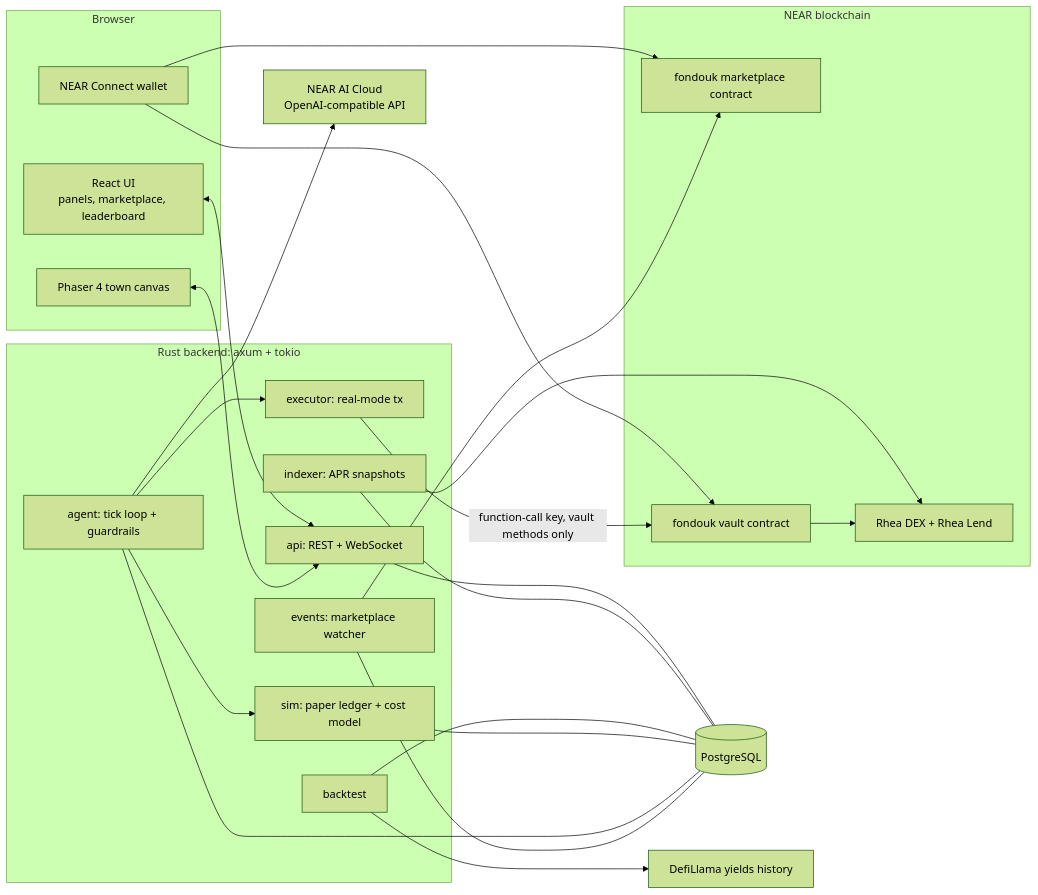
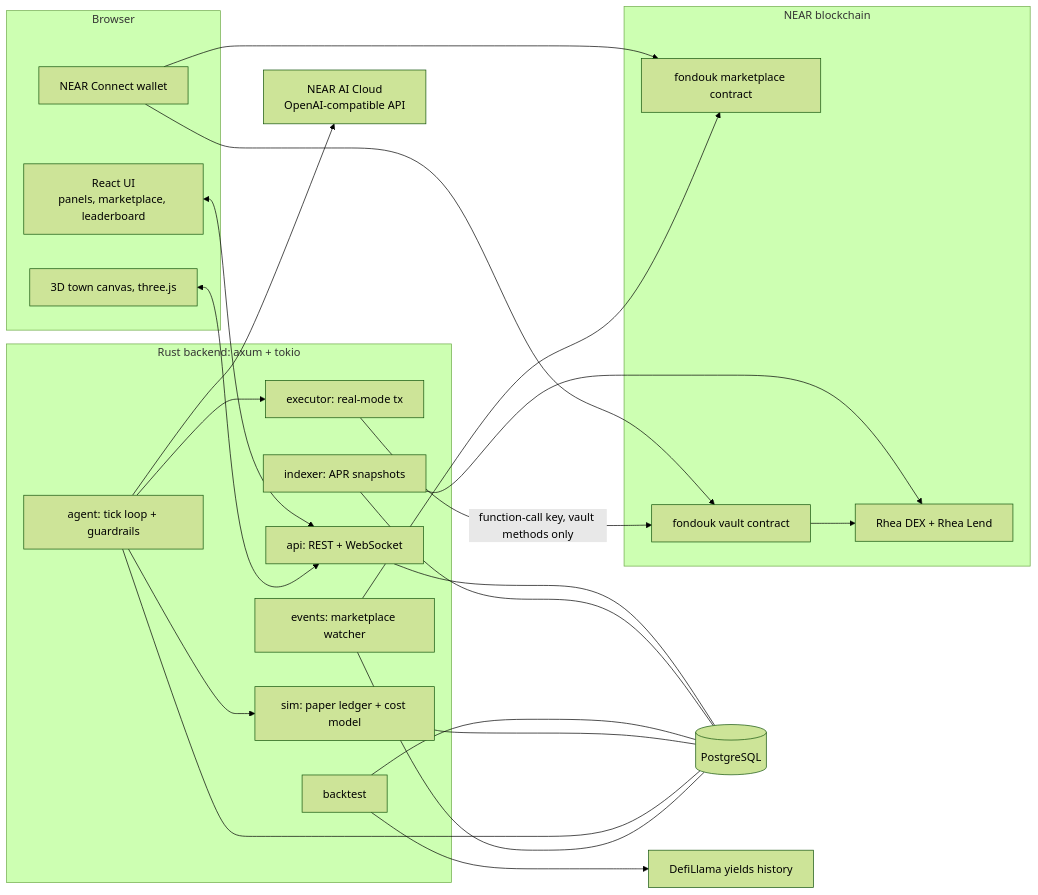
Before and after one commit to ayoubbuoya/fondouk: the diagram in docs/TECH_architecture.md, drawn with Mermaid (forest theme). The commit also changed other lines of this file and 61 other files, not shown here.

First line of the commit message:
refactor(frontend): make the 3D town the only town, remove Phaser (D77)

````diff
--- a/docs/TECH_architecture.md
+++ b/docs/TECH_architecture.md
@@ -19,47 +19,47 @@
 ```mermaid
 flowchart LR
   subgraph Browser
     UI[React UI<br/>panels, marketplace, leaderboard]
-    GAME[Phaser 4 town canvas]
+    GAME[3D town canvas, three.js]
     WALLET[NEAR Connect wallet]
   end
 
   subgraph Backend[Rust backend: axum + tokio]
     API[api: REST + WebSocket]
     IDX[indexer: APR snapshots]
     BT[backtest]
     SIM[sim: paper ledger + cost model]
     AGT[agent: tick loop + guardrails]
     EXE[executor: real-mode tx]
     EVT[events: marketplace watcher]
   end
 
   DB[(PostgreSQL)]
   LLM[NEAR AI Cloud<br/>OpenAI-compatible API]
   HIST[DefiLlama yields history]
 
   subgraph NEAR[NEAR blockchain]
     RHEA[Rhea DEX + Rhea Lend]
     MKT[fondouk marketplace contract]
     VLT[fondouk vault contract]
   end
 
   UI <--> API
   GAME <--> API
   WALLET --> MKT
   WALLET --> VLT
   IDX --> RHEA
   BT --> HIST
   AGT --> LLM
   AGT --> SIM
   AGT --> EXE
   EXE -->|function-call key, vault methods only| VLT
   VLT --> RHEA
   EVT --> MKT
   API --- DB
   IDX --- DB
   BT --- DB
   SIM --- DB
   AGT --- DB
   EVT --- DB
 ```
````
